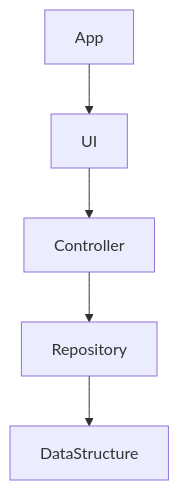
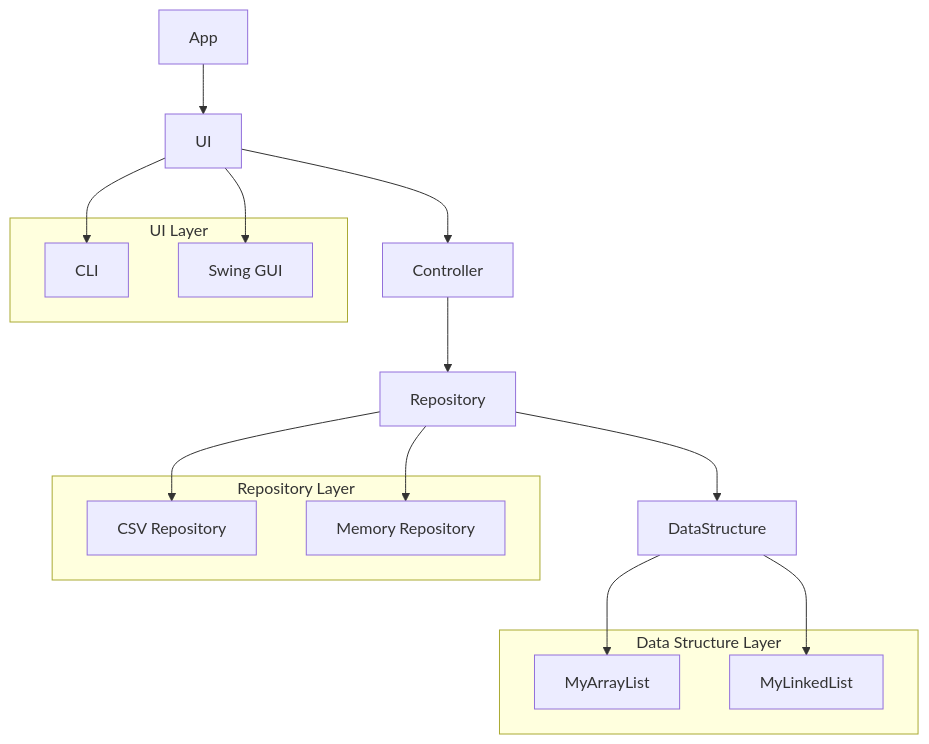
Before and after one commit to ilkkavv/person-crud-app: the diagram in README.md, drawn with Mermaid. The commit also changed other lines of this file, not shown here.

Commit message:
docs(readme): replace text architecture diagram with mermaid graph

````diff
--- a/README.md
+++ b/README.md
@@ -138,7 +126,31 @@
 ```mermaid
 graph TD
     App --> UI
     UI --> Controller
     Controller --> Repository
     Repository --> DataStructure
+
+    subgraph UI Layer
+        Cli[CLI]
+        SwingGui[Swing GUI]
+    end
+
+    subgraph Repository Layer
+        CsvRepo[CSV Repository]
+        MemRepo[Memory Repository]
+    end
+
+    subgraph Data Structure Layer
+        ArrayList[MyArrayList]
+        LinkedList[MyLinkedList]
+    end
+
+    UI --> Cli
+    UI --> SwingGui
+
+    Repository --> CsvRepo
+    Repository --> MemRepo
+
+    DataStructure --> ArrayList
+    DataStructure --> LinkedList
 ```
````
